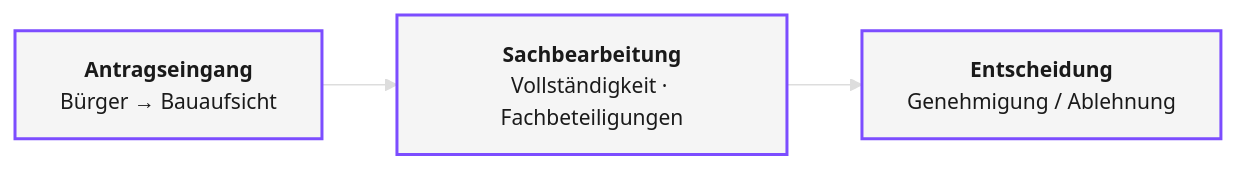
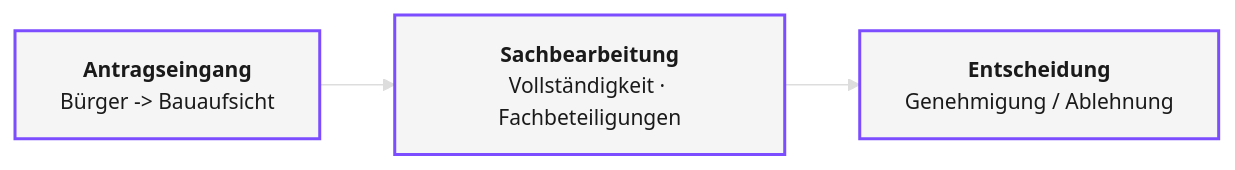
One commit to makr-code/ThemisDB changed the first of 4 diagrams in compendium/chapter_00_genesis.md. Above: the diagram before and after it, drawn with Mermaid. The commit also changed other lines of this file and 19 other files, not shown here.

First line of the commit message:
Refactor Mermaid syntax and improve documentation consistency across chapters

````diff
--- a/compendium/chapter_00_genesis.md
+++ b/compendium/chapter_00_genesis.md
@@ -36,10 +36,10 @@
 ```mermaid
 %%{init: {'theme': 'base', 'themeVariables': {'primaryColor': '#f9f9f9', 'primaryBorderColor': '#7c4dff', 'primaryTextColor': '#1a1a1a', 'lineColor': '#ddd', 'secondaryColor': '#f5f5f5', 'fontSize': '14px', 'fontFamily': 'Georgia, serif'}, 'flowchart': {'htmlLabels': true}}}%%
 graph LR
-    Eingang["<b>Antragseingang</b><br/>Bürger → Bauaufsicht"] --> Sachbearbeitung["<b>Sachbearbeitung</b><br/>Vollständigkeit · Fachbeteiligungen"]
+    Eingang["<b>Antragseingang</b><br/>Bürger -> Bauaufsicht"] --> Sachbearbeitung["<b>Sachbearbeitung</b><br/>Vollständigkeit · Fachbeteiligungen"]
     Sachbearbeitung --> Entscheidung["<b>Entscheidung</b><br/>Genehmigung / Ablehnung"]
 
     style Eingang fill:#f5f5f5,stroke:#7c4dff,stroke-width:2px,color:#1a1a1a
     style Sachbearbeitung fill:#f5f5f5,stroke:#7c4dff,stroke-width:2px,color:#1a1a1a
     style Entscheidung fill:#f5f5f5,stroke:#7c4dff,stroke-width:2px,color:#1a1a1a
 ```
````
